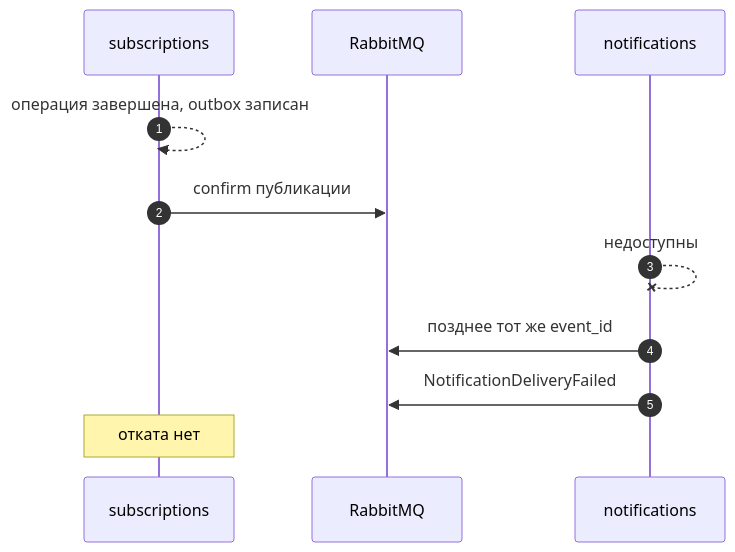
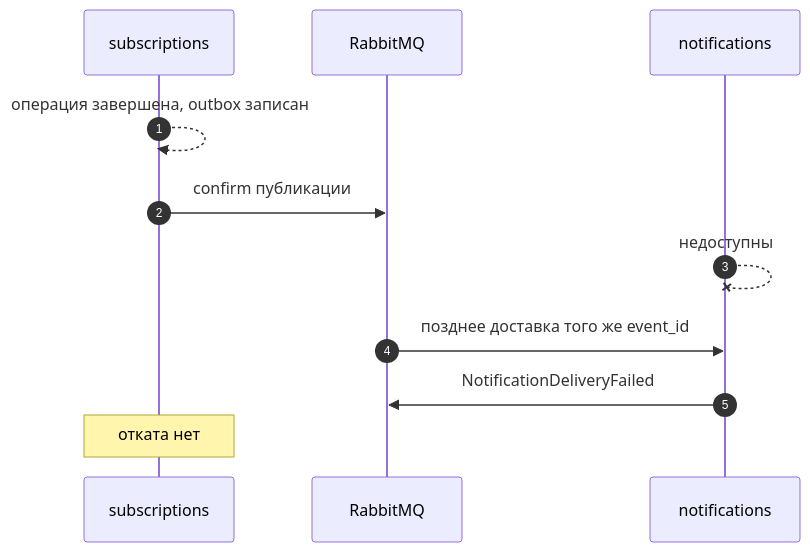
The seventh of 7 diagrams in docs/architecture/interactions.md (lostsky25/LessonPlus), drawn with Mermaid before and after one commit. The commit also changed other lines of this file and 44 other files, not shown here.

First line of the commit message:
fix: isolate service environments and verify schema readiness

````diff
--- a/docs/architecture/interactions.md
+++ b/docs/architecture/interactions.md
@@ -301,14 +302,14 @@
 ```mermaid
 sequenceDiagram
   autonumber
   participant Sub as subscriptions
   participant Mq as RabbitMQ
   participant Nt as notifications
 
   Sub-->>Sub: операция завершена, outbox записан
   Sub->>Mq: confirm публикации
   Nt--x Nt: недоступны
-  Nt->>Mq: позднее тот же event_id
+  Mq->>Nt: позднее доставка того же event_id
   Nt->>Mq: NotificationDeliveryFailed
   Note over Sub: отката нет
 ```
````
